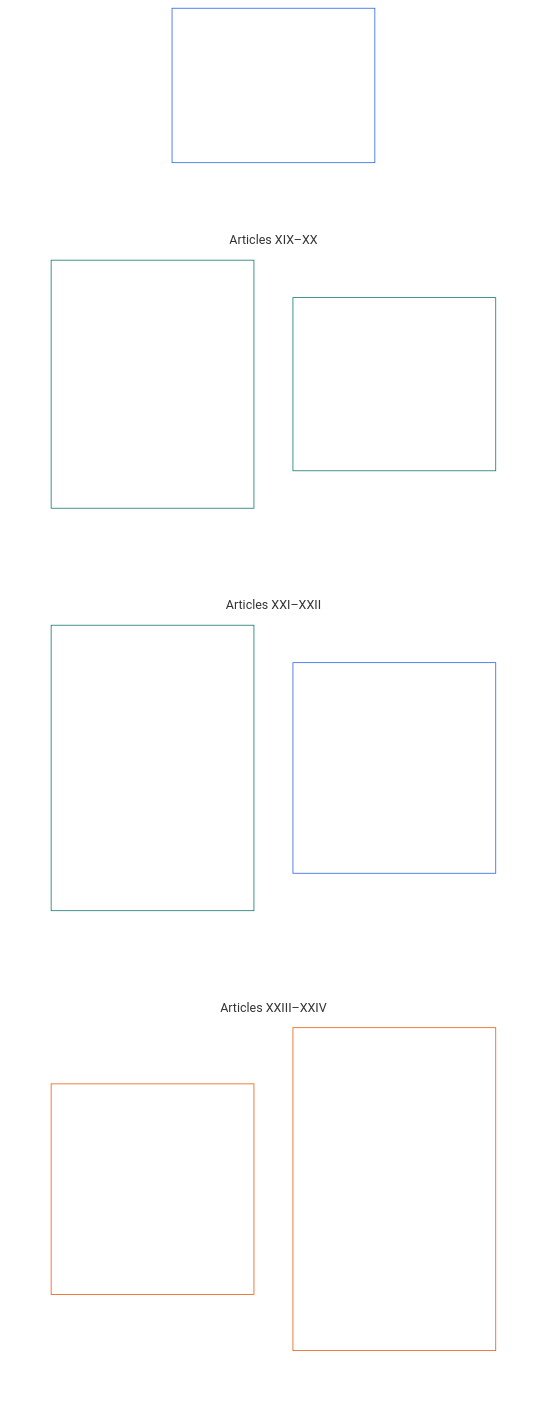
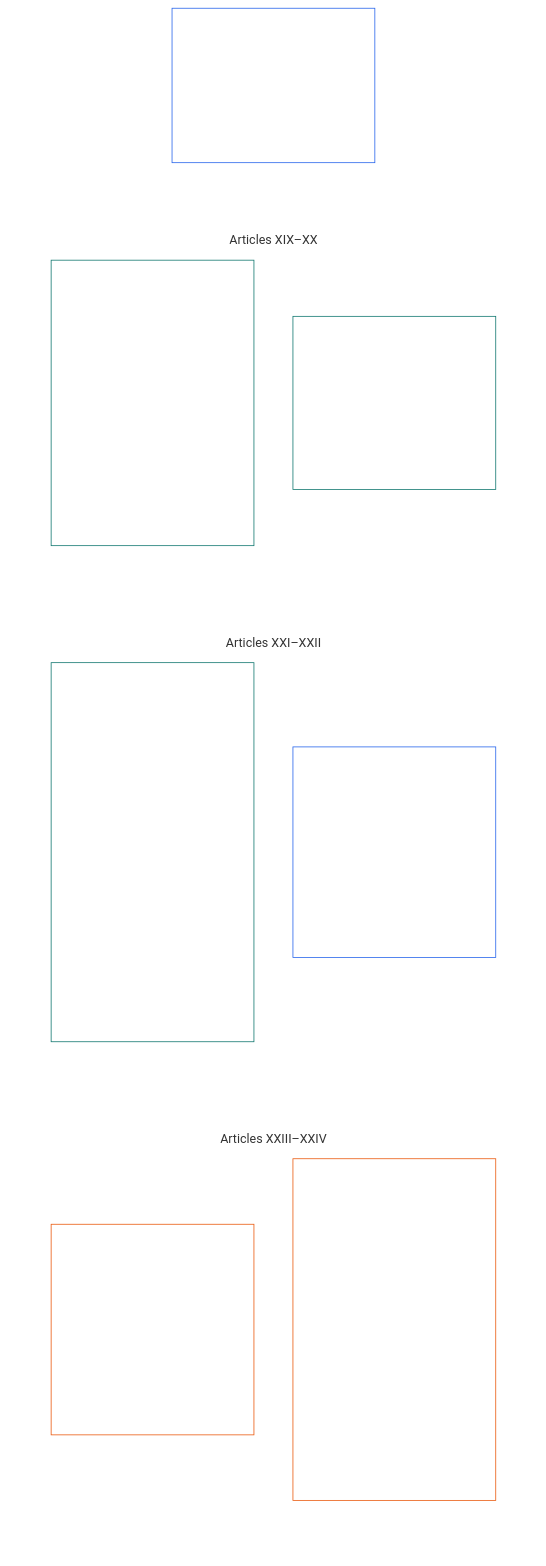
One commit to kfoelsch/Sentient_Constitution changed the diagram in core_06_rights_part_d.md. Above: the diagram before and after it, drawn with Mermaid. The commit also changed other lines of this file and 55 other files, not shown here.

````diff
--- a/core_06_rights_part_d.md
+++ b/core_06_rights_part_d.md
@@ -40,36 +40,36 @@
 ```mermaid
 flowchart TB
     D0["Part D<br/><br/>Standing, justice, interoperability,<br/>comprehensibility, root-cause review, and constitutional interpretation"]
     subgraph Dgrid[" "]
         direction TB
         subgraph Drow1["Articles XIX–XX"]
-            D1["**Article XIX** (*Standing and Participation Status*) · Standing and Participation Status<br/><br/>• Standing distinctions<br/>• Contestability and restriction limits<br/>• Named-pathway eligibility, responsibility, and audit<br/>• Movement, refuge, and non-statelessness"]
+            D1["**Article XIX** (*Standing and Participation Status*) · Standing and Participation Status<br/><br/>• Standing distinctions<br/>• Contestability and restriction limits<br/>• Contribution, competency bars, and named-pathway eligibility<br/>• Violations and standing locks<br/>• Voting and special locks"]
             D2["**Article XX** (*Justice After Verified Violation*) · Justice After Verified Violation<br/><br/>• Justice objective and scope<br/>• Restriction floors"]
         end
         subgraph Drow2["Articles XXI–XXII"]
-            D3["**Article XXI** (*Interoperability, Portability, Movement, Refuge, and Exit Integrity*) · Interoperability, Portability, Movement, Refuge, and Exit Integrity<br/><br/>• Portability<br/>• Reciprocal interoperability<br/>• Anti-lock-in<br/>• Movement, migration, refuge, and non-statelessness"]
+            D3["**Article XXI** (*Interoperability, Portability, Movement, Refuge, and Exit Integrity*) · Interoperability, Portability, Movement, Refuge, and Exit Integrity<br/><br/>• Portability<br/>• Reciprocal interoperability<br/>• Anti-lock-in<br/>• Open formats and standards<br/>• Movement and relocation<br/>• Refuge from non-compliance<br/>• Non-statelessness<br/>• Limitation, custody, and emergency discipline"]
             D4["**Article XXII** (*Comprehensibility and Complexity Stewardship*) · Comprehensibility and Complexity Stewardship<br/><br/>• Proportional comprehensibility<br/>• Complexity audit and modularity"]
         end
         subgraph Drow3["Articles XXIII–XXIV"]
             D5["**Article XXIII** (*Root Cause Analysis and Adaptive Response*) · Root Cause Analysis and Adaptive Response<br/><br/>• Diagnostic rigor and causal attribution<br/>• Auditability, challenge, and reversibility"]
-            D6["**Article XXIV** (*Constitutional Interpretation, Review, and Anti-Capture Safeguards*) · Constitutional Interpretation, Review, and Anti-Capture Safeguards<br/><br/>• Bounded interpretive mandate<br/>• Composition, rotation, and conflict controls<br/>• Public reasons, challenge, and external review<br/>• Removal and non-entrenchment"]
+            D6["**Article XXIV** (*Constitutional Interpretation, Review, and Anti-Capture Safeguards*) · Constitutional Interpretation, Review, and Anti-Capture Safeguards<br/><br/>• Bounded interpretive mandate and public reasons<br/>• Challenge rights and independent review<br/>• Forum independence and external review<br/>• Removal and non-entrenchment"]
         end
     end
     %% Invisible links force a two-wide grid: each link puts its target one level down.
     D0 ~~~ D1 & D2
     D1 ~~~ D3
     D2 ~~~ D4
     D3 ~~~ D5
     D4 ~~~ D6
     style Dgrid fill:none,stroke:none
     style Drow1 fill:none,stroke:none
     style Drow2 fill:none,stroke:none
     style Drow3 fill:none,stroke:none
     style D0 fill:none,stroke:#2563eb,color:#ffffff
     style D1 fill:none,stroke:#0f766e,color:#ffffff
     style D2 fill:none,stroke:#0f766e,color:#ffffff
     style D3 fill:none,stroke:#0f766e,color:#ffffff
     style D4 fill:none,stroke:#2563eb,color:#ffffff
     style D5 fill:none,stroke:#ea580c,color:#ffffff
     style D6 fill:none,stroke:#ea580c,color:#ffffff
 ```
````
